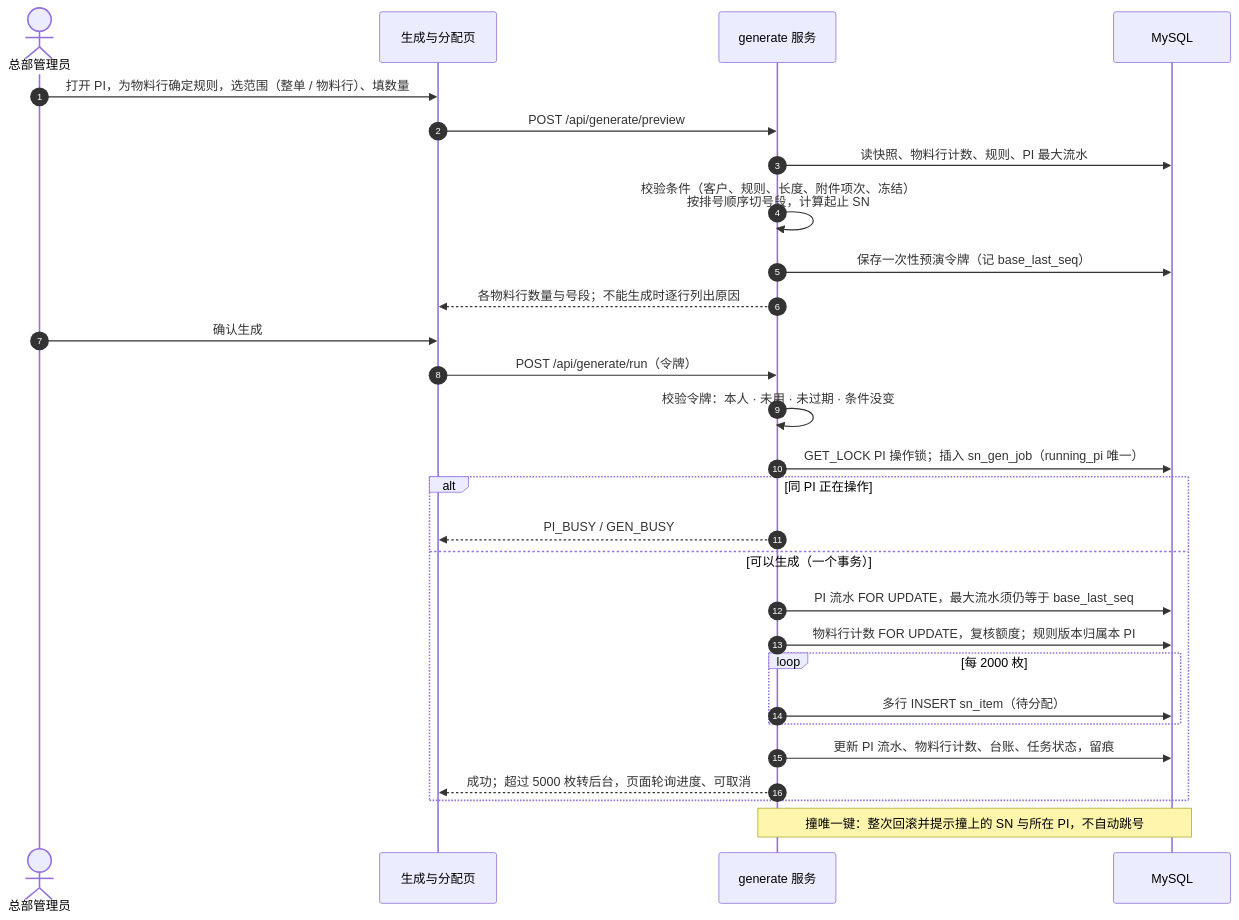
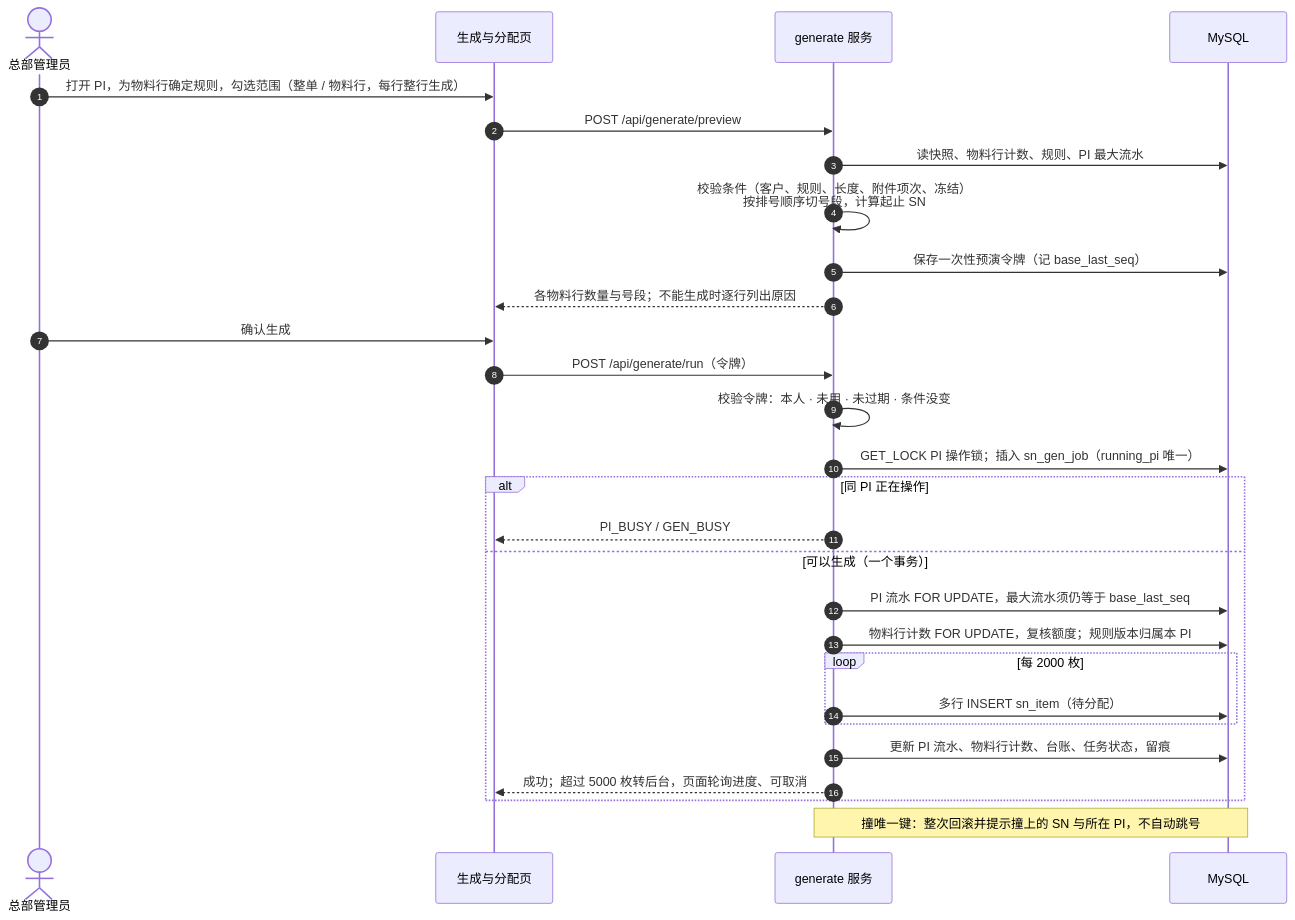
The diagram in docs/images/系统技术方案/fig3-1-generate-seq.mmd (Createsnow/sn-center), drawn with Mermaid before and after one commit. The commit also changed 29 other files, not shown here.

```diff
--- a/docs/images/系统技术方案/fig3-1-generate-seq.mmd
+++ b/docs/images/系统技术方案/fig3-1-generate-seq.mmd
@@ -1,28 +1,28 @@
 sequenceDiagram
   autonumber
   actor A as 总部管理员
   participant P as 生成与分配页
   participant G as generate 服务
   participant D as MySQL
-  A->>P: 打开 PI，为物料行确定规则，选范围（整单 / 物料行）、填数量
+  A->>P: 打开 PI，为物料行确定规则，勾选范围（整单 / 物料行，每行整行生成）
   P->>G: POST /api/generate/preview
   G->>D: 读快照、物料行计数、规则、PI 最大流水
   G->>G: 校验条件（客户、规则、长度、附件项次、冻结）<br/>按排号顺序切号段，计算起止 SN
   G->>D: 保存一次性预演令牌（记 base_last_seq）
   G-->>P: 各物料行数量与号段；不能生成时逐行列出原因
   A->>P: 确认生成
   P->>G: POST /api/generate/run（令牌）
   G->>G: 校验令牌：本人 · 未用 · 未过期 · 条件没变
   G->>D: GET_LOCK PI 操作锁；插入 sn_gen_job（running_pi 唯一）
   alt 同 PI 正在操作
     G-->>P: PI_BUSY / GEN_BUSY
   else 可以生成（一个事务）
     G->>D: PI 流水 FOR UPDATE，最大流水须仍等于 base_last_seq
     G->>D: 物料行计数 FOR UPDATE，复核额度；规则版本归属本 PI
     loop 每 2000 枚
       G->>D: 多行 INSERT sn_item（待分配）
     end
     G->>D: 更新 PI 流水、物料行计数、台账、任务状态，留痕
     G-->>P: 成功；超过 5000 枚转后台，页面轮询进度、可取消
   end
   Note over G,D: 撞唯一键：整次回滚并提示撞上的 SN 与所在 PI，不自动跳号
```
